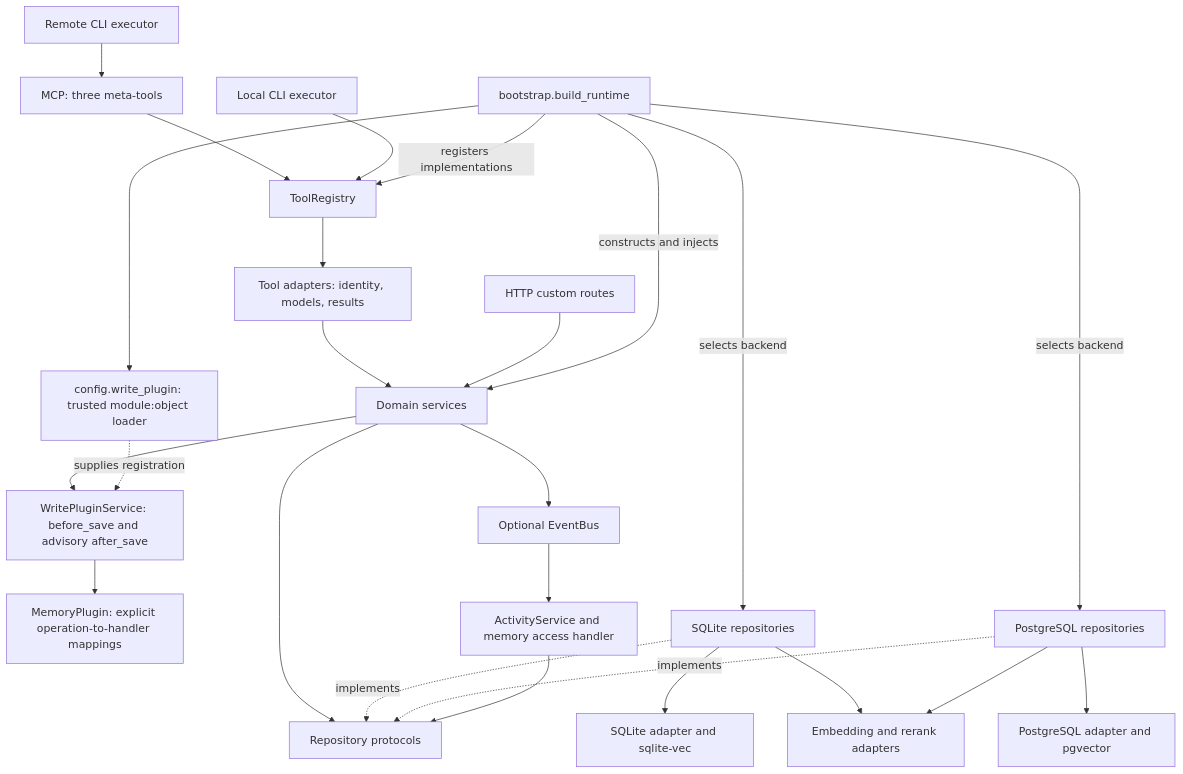
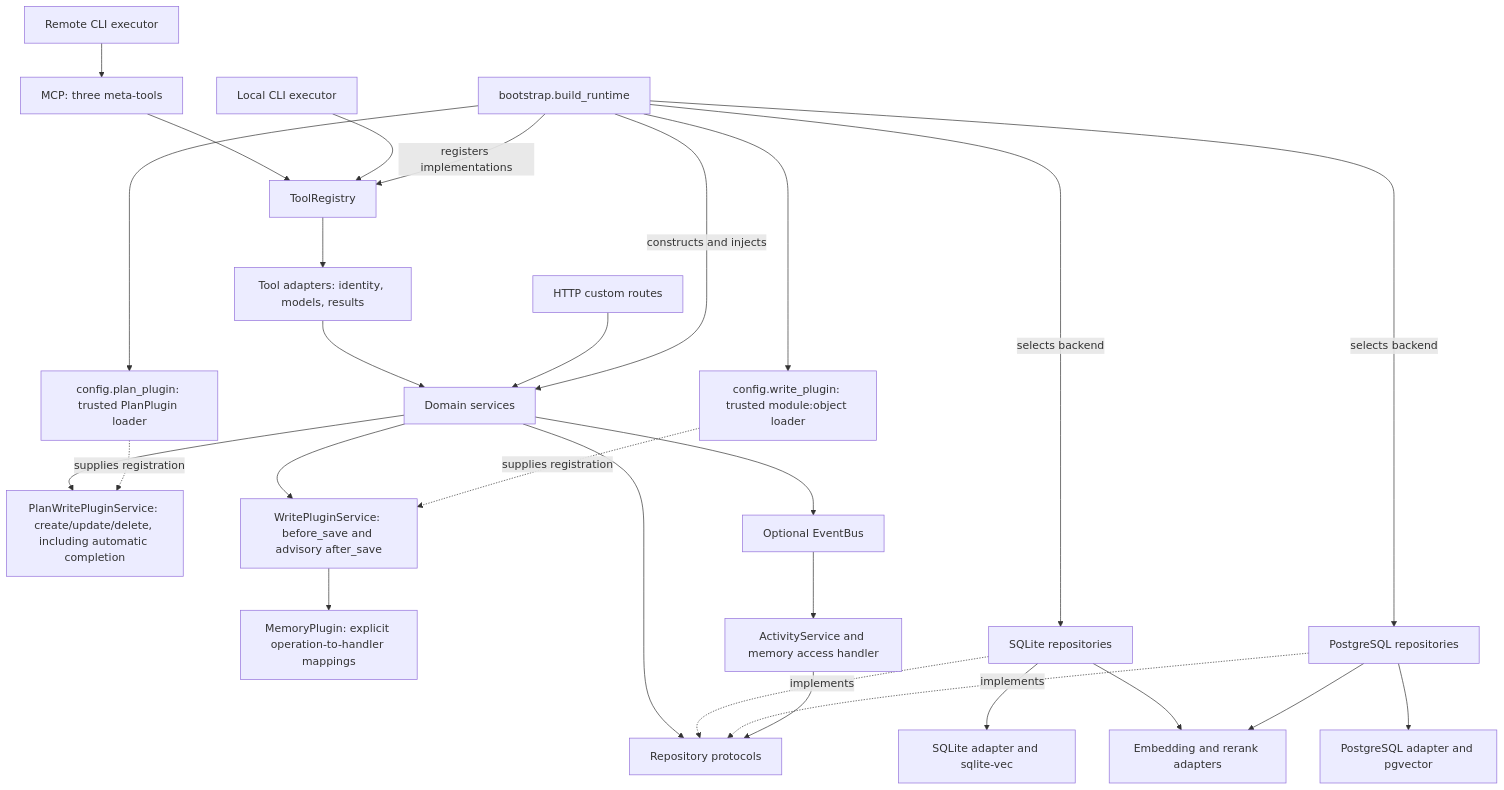
The diagram in architecture.md (ScottRBK/forgetful), drawn with Mermaid before and after one commit. The commit also changed other lines of this file and 34 other files, not shown here.

Commit message:
feat(plans): add plan write plugin hooks

````diff
--- a/architecture.md
+++ b/architecture.md
@@ -17,27 +17,30 @@
 ```mermaid
 flowchart TD
     MCP["MCP: three meta-tools"] --> Registry["ToolRegistry"]
     Local["Local CLI executor"] --> Registry
     Remote["Remote CLI executor"] --> MCP
     Registry --> ToolAdapters["Tool adapters: identity, models, results"]
     ToolAdapters --> Services["Domain services"]
     HTTP["HTTP custom routes"] --> Services
     Services --> Contracts["Repository protocols"]
+    Services --> PlanPlugin["PlanWritePluginService: create/update/delete, including automatic completion"]
+    Bootstrap --> PlanLoader["config.plan_plugin: trusted PlanPlugin loader"]
+    PlanLoader -. supplies registration .-> PlanPlugin
     Services --> WritePlugin["WritePluginService: before_save and advisory after_save"]
     WritePlugin --> Callable["MemoryPlugin: explicit operation-to-handler mappings"]
     Bootstrap --> Loader["config.write_plugin: trusted module:object loader"]
     Loader -. supplies registration .-> WritePlugin
     SQLite["SQLite repositories"] -. implements .-> Contracts
     Postgres["PostgreSQL repositories"] -. implements .-> Contracts
     SQLite --> SQLiteDB["SQLite adapter and sqlite-vec"]
     Postgres --> PostgresDB["PostgreSQL adapter and pgvector"]
     SQLite --> Providers["Embedding and rerank adapters"]
     Postgres --> Providers
     Services --> Events["Optional EventBus"]
     Events --> Activity["ActivityService and memory access handler"]
     Activity --> Contracts
     Bootstrap["bootstrap.build_runtime"] -->|constructs and injects| Services
     Bootstrap -->|registers implementations| Registry
     Bootstrap -->|selects backend| SQLite
     Bootstrap -->|selects backend| Postgres
 ```
````
